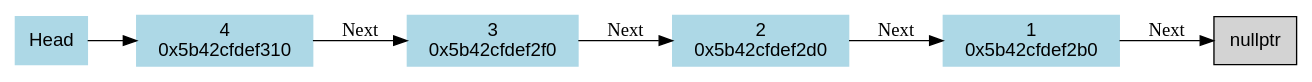
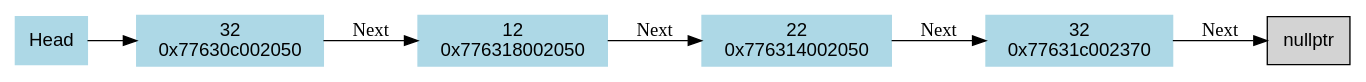
The diagram in utils/graphviz/linkedList.dot (HenryD11703/estructuras-de-datos), drawn with Graphviz before and after one commit. The commit also changed 3 other files, not shown here.

```diff
--- a/utils/graphviz/linkedList.dot
+++ b/utils/graphviz/linkedList.dot
@@ -1,15 +1,15 @@
 digraph g {
 node [shape=box, style=filled, fontname="Helvetica"];
 Head [label="Head", color=lightblue, fillcolor=lightblue];
-Head ->"0x5b42cfdef310"
-"0x5b42cfdef310"[label="4\n0x5b42cfdef310", color=lightblue, fillcolor=lightblue];
-"0x5b42cfdef310" -> "0x5b42cfdef2f0"[label="Next", color=black];
-"0x5b42cfdef2f0"[label="3\n0x5b42cfdef2f0", color=lightblue, fillcolor=lightblue];
-"0x5b42cfdef2f0" -> "0x5b42cfdef2d0"[label="Next", color=black];
-"0x5b42cfdef2d0"[label="2\n0x5b42cfdef2d0", color=lightblue, fillcolor=lightblue];
-"0x5b42cfdef2d0" -> "0x5b42cfdef2b0"[label="Next", color=black];
-"0x5b42cfdef2b0"[label="1\n0x5b42cfdef2b0", color=lightblue, fillcolor=lightblue];
-"0x5b42cfdef2b0" -> nullptr [label="Next", color=black];
+Head ->"0x77630c002050"
+"0x77630c002050"[label="32\n0x77630c002050", color=lightblue, fillcolor=lightblue];
+"0x77630c002050" -> "0x776318002050"[label="Next", color=black];
+"0x776318002050"[label="12\n0x776318002050", color=lightblue, fillcolor=lightblue];
+"0x776318002050" -> "0x776314002050"[label="Next", color=black];
+"0x776314002050"[label="22\n0x776314002050", color=lightblue, fillcolor=lightblue];
+"0x776314002050" -> "0x77631c002370"[label="Next", color=black];
+"0x77631c002370"[label="32\n0x77631c002370", color=lightblue, fillcolor=lightblue];
+"0x77631c002370" -> nullptr [label="Next", color=black];
 rankdir=LR;
 nodesep = 0.1;
 }
```
